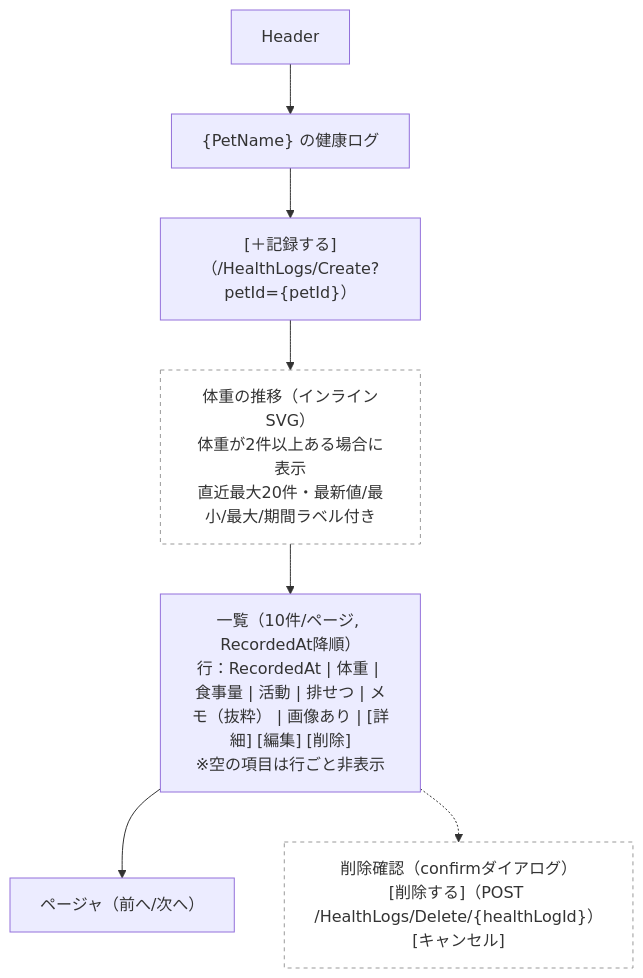
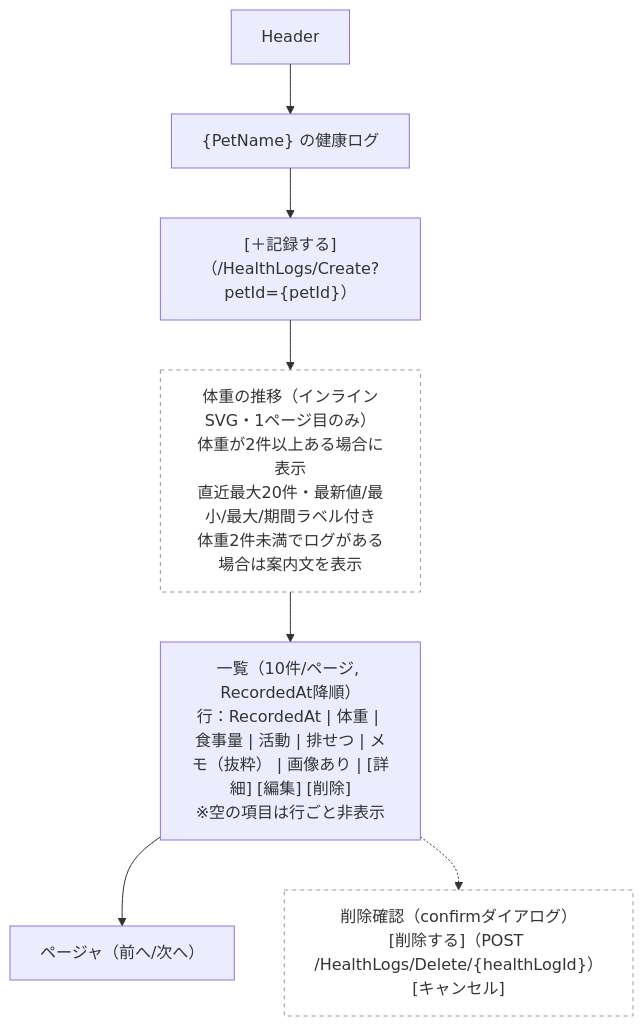
One commit to Cat5Dog2/PetHealthManagement changed diagram 11 of 24 in docs/ui-wireframe.md. Above: the diagram before and after it, drawn with Mermaid. The commit also changed other lines of this file and 38 other files, not shown here.

````diff
--- a/docs/ui-wireframe.md
+++ b/docs/ui-wireframe.md
@@ -197,15 +199,15 @@
 ```mermaid
 flowchart TB
   Header["Header"]
   Title["{PetName} の健康ログ"]
   Actions["[＋記録する]（/HealthLogs/Create?petId={petId}）"]
-  Chart["体重の推移（インラインSVG）<br/>体重が2件以上ある場合に表示<br/>直近最大20件・最新値/最小/最大/期間ラベル付き"]:::note
+  Chart["体重の推移（インラインSVG・1ページ目のみ）<br/>体重が2件以上ある場合に表示<br/>直近最大20件・最新値/最小/最大/期間ラベル付き<br/>体重2件未満でログがある場合は案内文を表示"]:::note
   List["一覧（10件/ページ, RecordedAt降順）<br/>行：RecordedAt | 体重 | 食事量 | 活動 | 排せつ | メモ（抜粋） | 画像あり | [詳細] [編集] [削除]<br/>※空の項目は行ごと非表示"]
   Pager["ページャ（前へ/次へ）"]
   DeleteConfirm["削除確認（confirmダイアログ）<br/>[削除する]（POST /HealthLogs/Delete/{healthLogId}）<br/>[キャンセル]"]:::note
 
   Header --> Title --> Actions --> Chart --> List --> Pager
   List -.-> DeleteConfirm
 
   classDef note fill:#fff,stroke:#999,stroke-dasharray: 4 4,color:#333;
 ```
````
